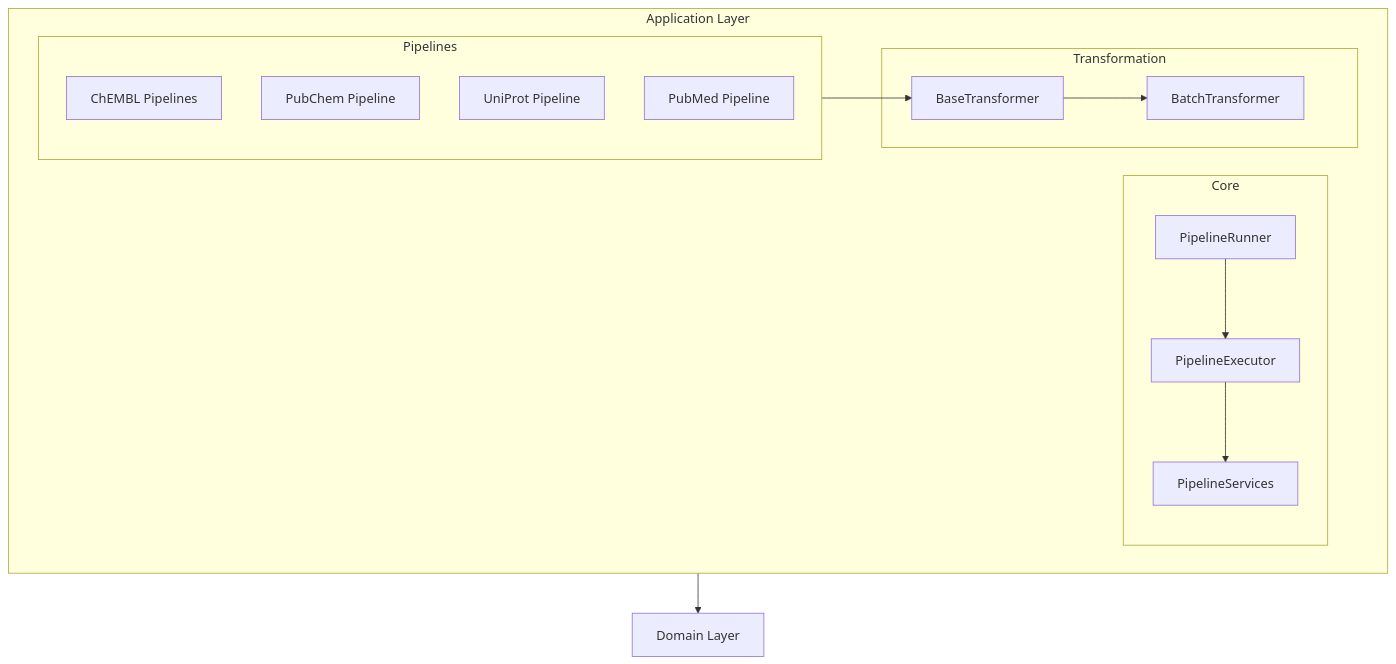
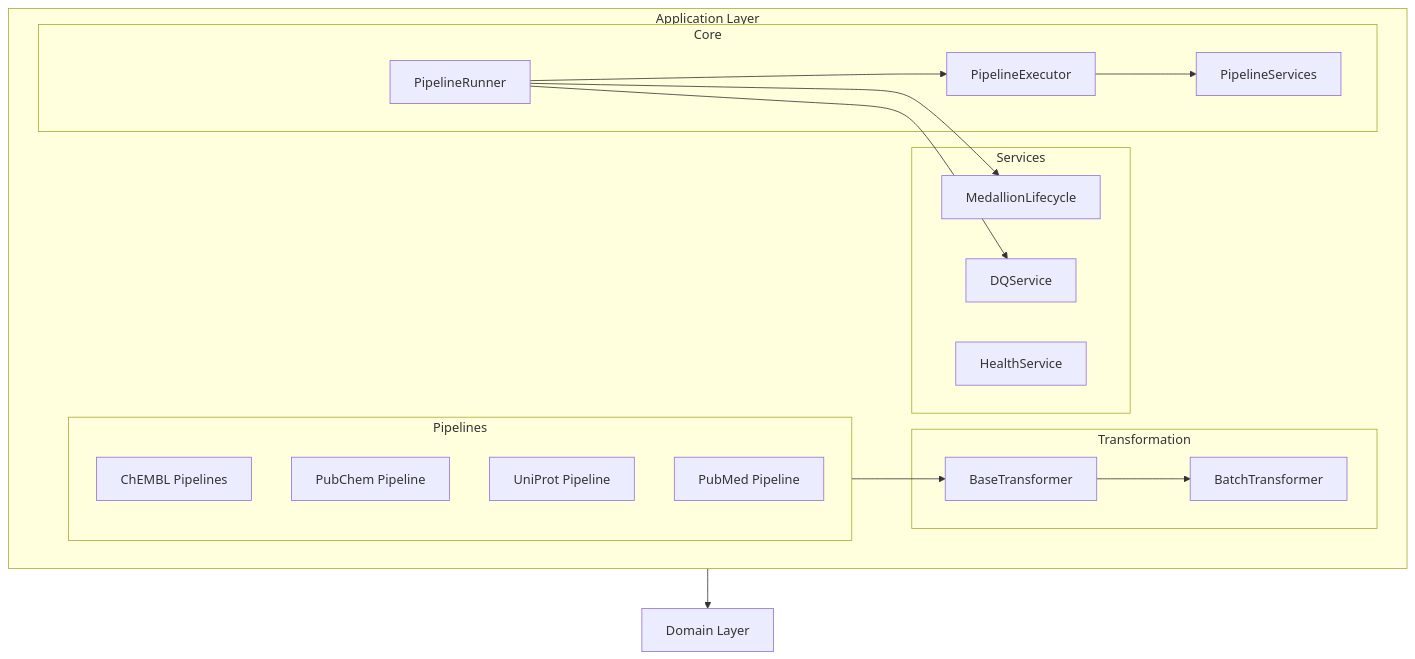
Before and after one commit to SatoryKono/BioactivityDataAcquisition: the first of 2 diagrams in docs/04-reference/api/application.md, drawn with Mermaid. The commit also changed other lines of this file and 9 other files, not shown here.

````diff
--- a/docs/04-reference/api/application.md
+++ b/docs/04-reference/api/application.md
@@ -7,29 +7,37 @@
 ```mermaid
 flowchart TB
     subgraph Application["Application Layer"]
         subgraph Core["Core"]
             Runner[PipelineRunner]
             Executor[PipelineExecutor]
             Services[PipelineServices]
+        end
+
+        subgraph AppServices["Services"]
+            Medallion[MedallionLifecycle]
+            DQ[DQService]
+            Health[HealthService]
         end
 
         subgraph Transform["Transformation"]
             BaseT[BaseTransformer]
             BatchT[BatchTransformer]
         end
 
         subgraph Pipelines["Pipelines"]
             ChEMBL[ChEMBL Pipelines]
             PubChem[PubChem Pipeline]
             UniProt[UniProt Pipeline]
             PubMed[PubMed Pipeline]
         end
 
         Runner --> Executor
         Executor --> Services
+        Runner --> Medallion
+        Runner --> DQ
         BaseT --> BatchT
         Pipelines --> BaseT
     end
 
     Application --> Domain["Domain Layer"]
 ```
````
